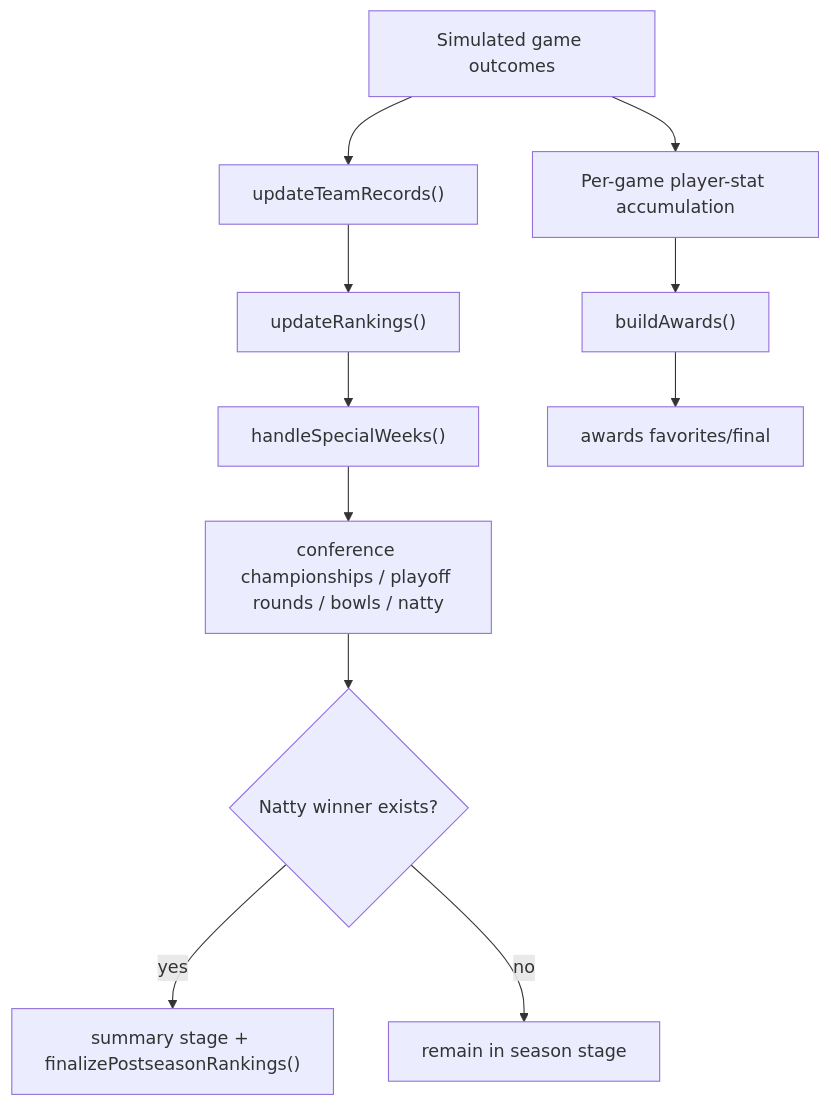
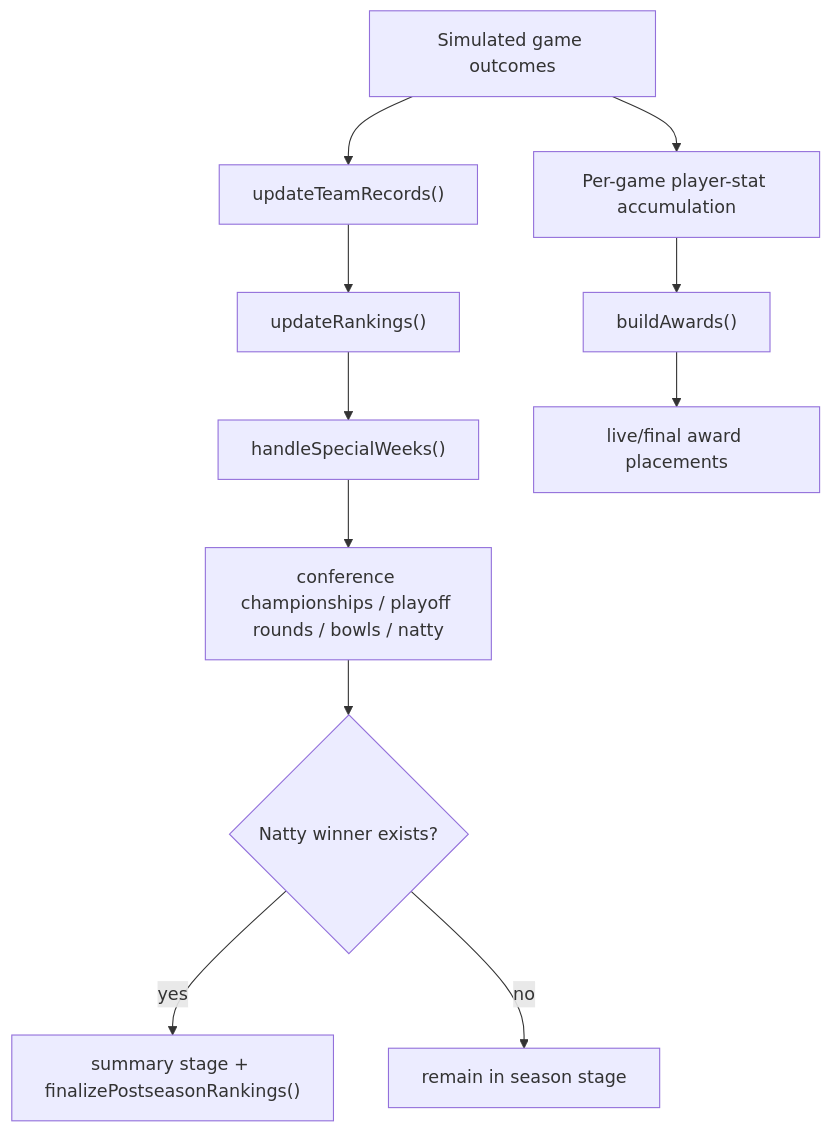
Before and after one commit to rdettling/cfbsim: the diagram in docs/systems/rankings-playoff-and-awards.md, drawn with Mermaid. The commit also changed other lines of this file and 36 other files, not shown here.

````diff
--- a/docs/systems/rankings-playoff-and-awards.md
+++ b/docs/systems/rankings-playoff-and-awards.md
@@ -48,13 +48,13 @@
 ```mermaid
 flowchart TD
   A["Simulated game outcomes"] --> B["updateTeamRecords()"]
   B --> C["updateRankings()"]
   C --> D["handleSpecialWeeks()"]
   D --> E["conference championships / playoff rounds / bowls / natty"]
   E --> F{"Natty winner exists?"}
   F -- yes --> G["summary stage + finalizePostseasonRankings()"]
   F -- no --> H["remain in season stage"]
   A --> I["Per-game player-stat accumulation"]
   I --> J["buildAwards()"]
-  J --> K["awards favorites/final"]
+  J --> K["live/final award placements"]
 ```
````
